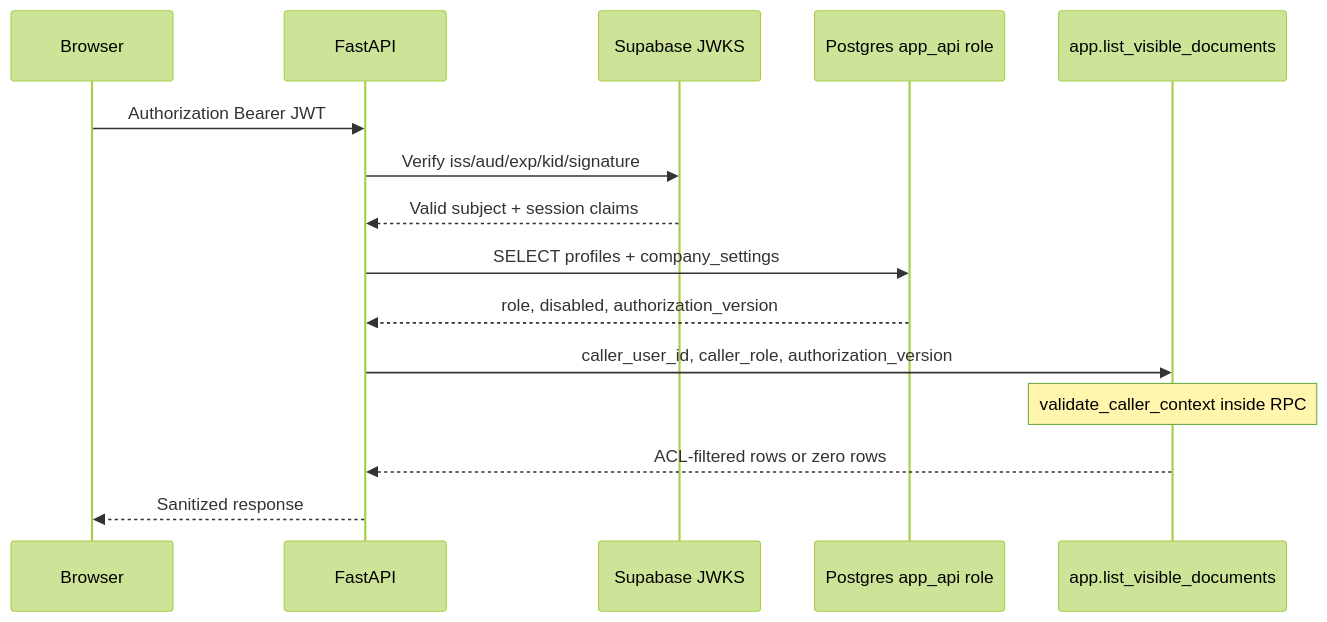
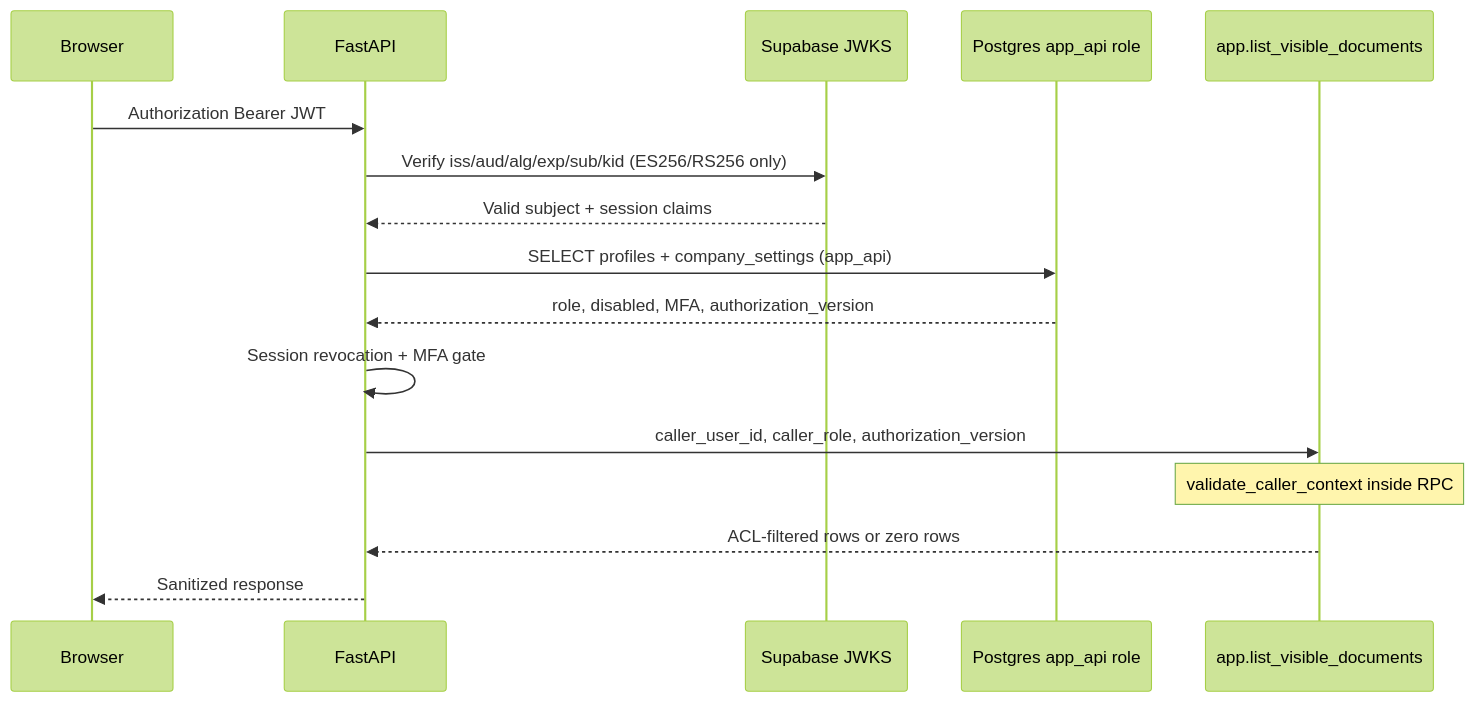
Before and after one commit to Nagdy8888/smart-rag: the first of 3 diagrams in docs/security/IDENTITY_PROPAGATION.md, drawn with Mermaid (forest theme). The commit also changed other lines of this file and 28 other files, not shown here.

````diff
--- a/docs/security/IDENTITY_PROPAGATION.md
+++ b/docs/security/IDENTITY_PROPAGATION.md
@@ -15,18 +15,19 @@
 ```mermaid
 sequenceDiagram
   participant Browser
   participant FastAPI
   participant JWKS as Supabase JWKS
   participant DB as Postgres app_api role
   participant RPC as app.list_visible_documents
 
   Browser->>FastAPI: Authorization Bearer JWT
-  FastAPI->>JWKS: Verify iss/aud/exp/kid/signature
+  FastAPI->>JWKS: Verify iss/aud/alg/exp/sub/kid (ES256/RS256 only)
   JWKS-->>FastAPI: Valid subject + session claims
-  FastAPI->>DB: SELECT profiles + company_settings
-  DB-->>FastAPI: role, disabled, authorization_version
+  FastAPI->>DB: SELECT profiles + company_settings (app_api)
+  DB-->>FastAPI: role, disabled, MFA, authorization_version
+  FastAPI->>FastAPI: Session revocation + MFA gate
   FastAPI->>RPC: caller_user_id, caller_role, authorization_version
   Note over RPC: validate_caller_context inside RPC
   RPC-->>FastAPI: ACL-filtered rows or zero rows
   FastAPI-->>Browser: Sanitized response
 ```
````
